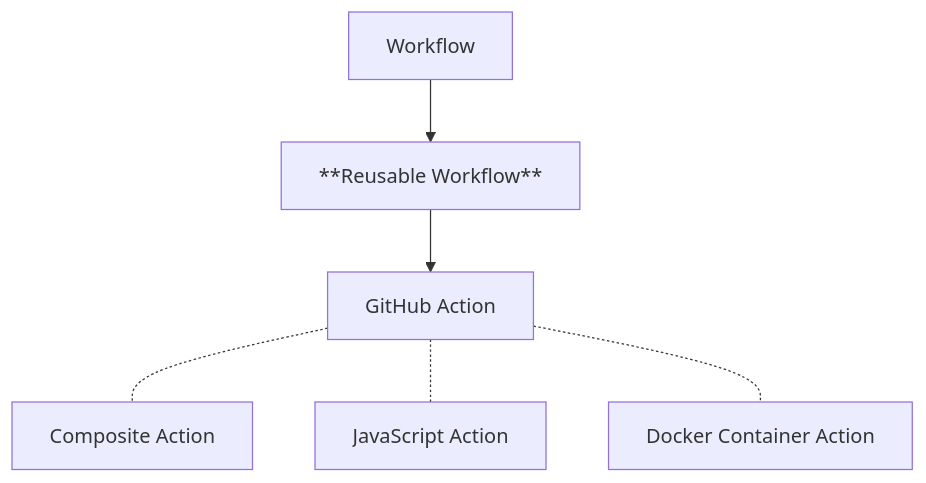
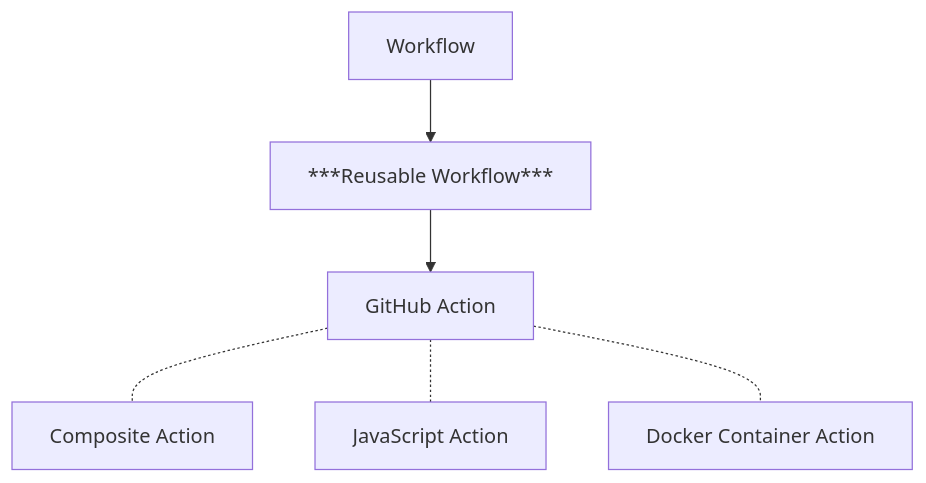
The diagram in README.md (devantler-tech/reusable-workflows), drawn with Mermaid before and after one commit.

Commit message:
fix: update diagram in README to emphasize 'Reusable Workflow' formatting

````diff
--- a/README.md
+++ b/README.md
@@ -10,8 +10,8 @@
 ```mermaid
 graph TD
-  A[Workflow] --> B[**Reusable Workflow**]
+  A[Workflow] --> B[***Reusable Workflow***]
   B --> C[GitHub Action]
   C -.- D[Composite Action]
   C -.- E[JavaScript Action]
   C -.- F[Docker Container Action]
 ```
````
